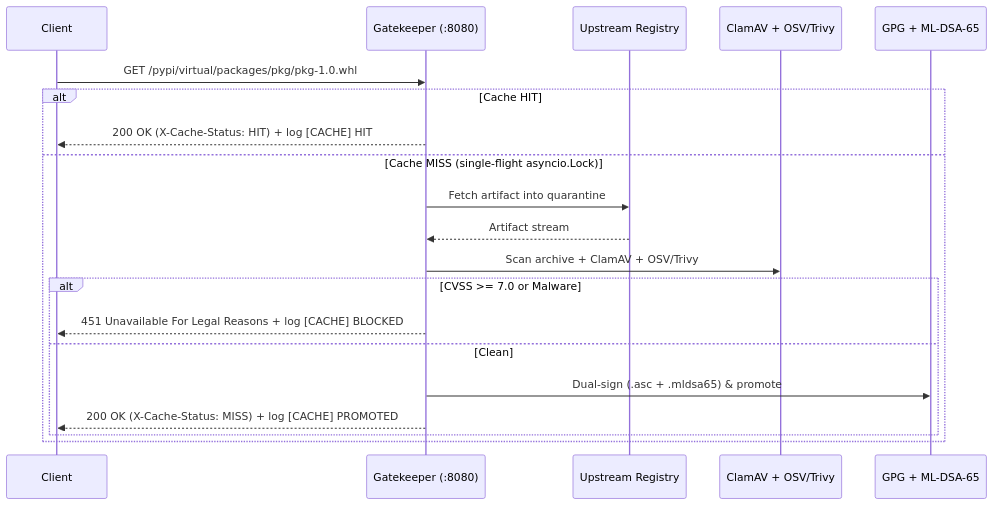
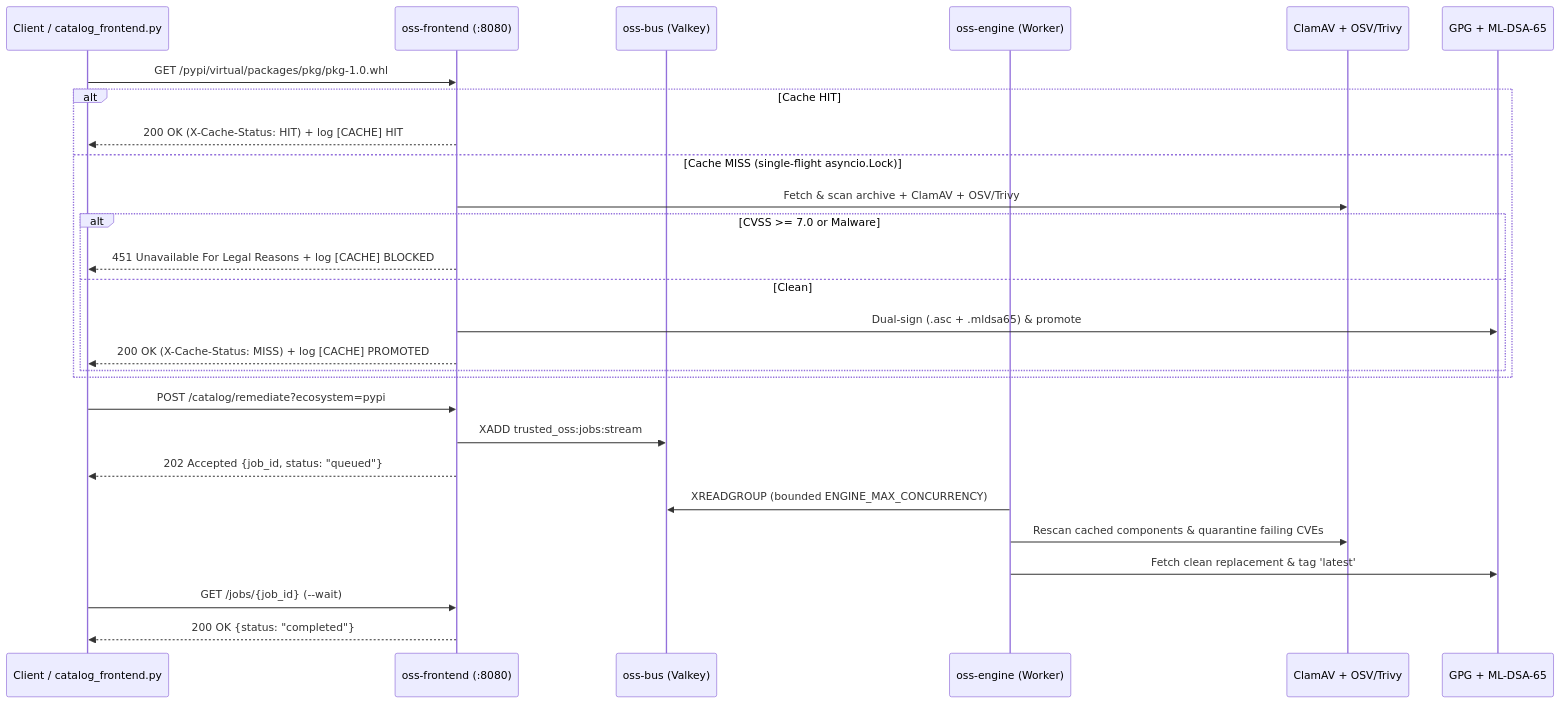
One commit to jsoehner/trusted-oss-harbor changed the second of 2 diagrams in README.md. Above: the diagram before and after it, drawn with Mermaid. The commit also changed other lines of this file and 19 other files, not shown here.

Commit message:
feat(architecture): split frontend, engine worker, and Valkey bus (v1.0.0) with ADR-0004 and operations manual

````diff
--- a/README.md
+++ b/README.md
@@ -25,22 +27,29 @@
 ```mermaid
 sequenceDiagram
-    participant C as Client
-    participant G as Gatekeeper (:8080)
-    participant U as Upstream Registry
+    participant C as Client / catalog_frontend.py
+    participant FE as oss-frontend (:8080)
+    participant Bus as oss-bus (Valkey)
+    participant Eng as oss-engine (Worker)
     participant S as ClamAV + OSV/Trivy
     participant K as GPG + ML-DSA-65
-    C->>G: GET /pypi/virtual/packages/pkg/pkg-1.0.whl
+    C->>FE: GET /pypi/virtual/packages/pkg/pkg-1.0.whl
     alt Cache HIT
-        G-->>C: 200 OK (X-Cache-Status: HIT) + log [CACHE] HIT
+        FE-->>C: 200 OK (X-Cache-Status: HIT) + log [CACHE] HIT
     else Cache MISS (single-flight asyncio.Lock)
-        G->>U: Fetch artifact into quarantine
-        U-->>G: Artifact stream
-        G->>S: Scan archive + ClamAV + OSV/Trivy
+        FE->>S: Fetch & scan archive + ClamAV + OSV/Trivy
         alt CVSS >= 7.0 or Malware
-            G-->>C: 451 Unavailable For Legal Reasons + log [CACHE] BLOCKED
+            FE-->>C: 451 Unavailable For Legal Reasons + log [CACHE] BLOCKED
         else Clean
-            G->>K: Dual-sign (.asc + .mldsa65) & promote
-            G-->>C: 200 OK (X-Cache-Status: MISS) + log [CACHE] PROMOTED
+            FE->>K: Dual-sign (.asc + .mldsa65) & promote
+            FE-->>C: 200 OK (X-Cache-Status: MISS) + log [CACHE] PROMOTED
         end
     end
+    C->>FE: POST /catalog/remediate?ecosystem=pypi
+    FE->>Bus: XADD trusted_oss:jobs:stream
+    FE-->>C: 202 Accepted {job_id, status: "queued"}
+    Eng->>Bus: XREADGROUP (bounded ENGINE_MAX_CONCURRENCY)
+    Eng->>S: Rescan cached components & quarantine failing CVEs
+    Eng->>K: Fetch clean replacement & tag 'latest'
+    C->>FE: GET /jobs/{job_id} (--wait)
+    FE-->>C: 200 OK {status: "completed"}
 ```
````
